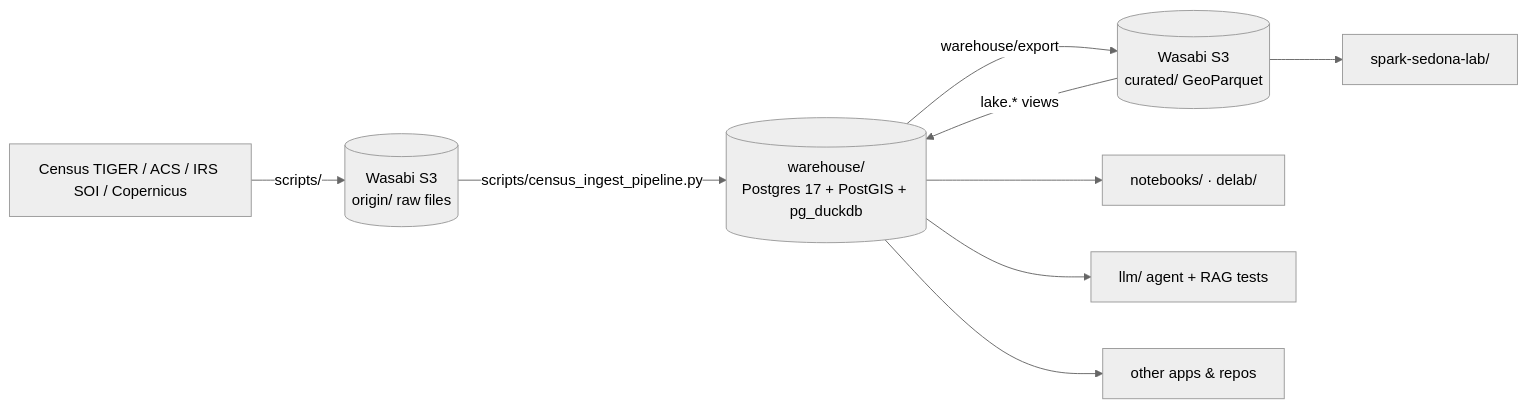
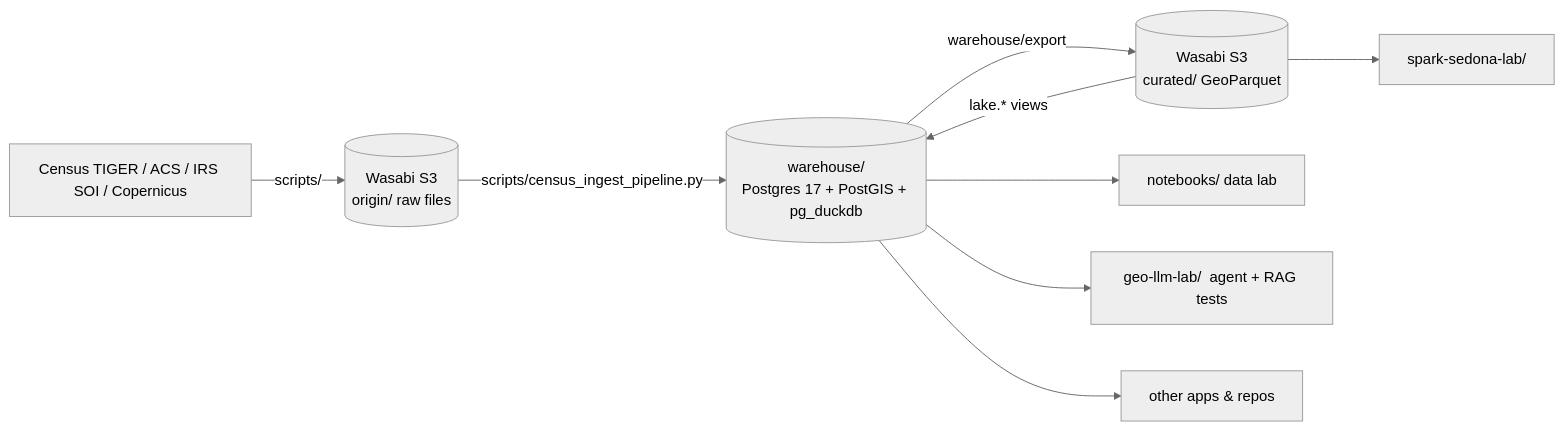
One commit to blcrosbie/GeoDataAnalytics changed the diagram in README.md. Above: the diagram before and after it, drawn with Mermaid (neutral theme). The commit also changed other lines of this file and 33 other files, not shown here.

````diff
--- a/README.md
+++ b/README.md
@@ -11,11 +11,11 @@
 ```mermaid
 flowchart LR
     src[Census TIGER / ACS / IRS SOI / Copernicus] -->|scripts/| raw[(Wasabi S3<br/>origin/  raw files)]
     raw -->|scripts/census_ingest_pipeline.py| pg[(warehouse/<br/>Postgres 17 + PostGIS + pg_duckdb)]
     pg -->|warehouse/export| lake[(Wasabi S3<br/>curated/  GeoParquet)]
     lake -->|lake.* views| pg
-    pg --> nb[notebooks/ · delab/]
+    pg --> nb[notebooks/  data lab]
     lake --> sedona[spark-sedona-lab/]
-    pg --> llm[llm/  agent + RAG tests]
+    pg --> llm[geo-llm-lab/  agent + RAG tests]
     pg --> other[other apps & repos]
 ```
````
